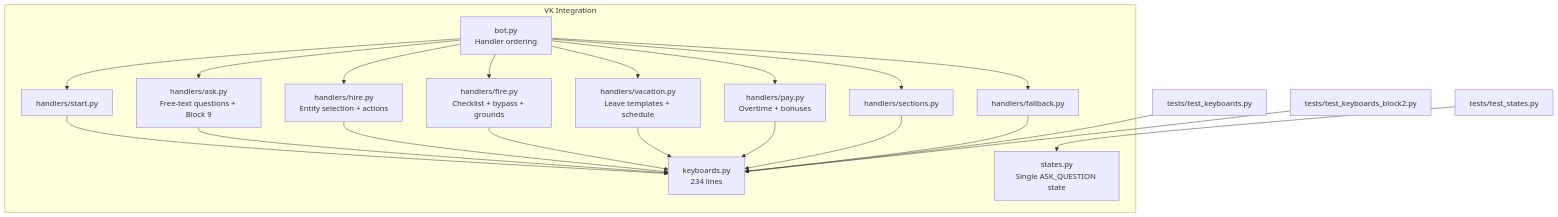
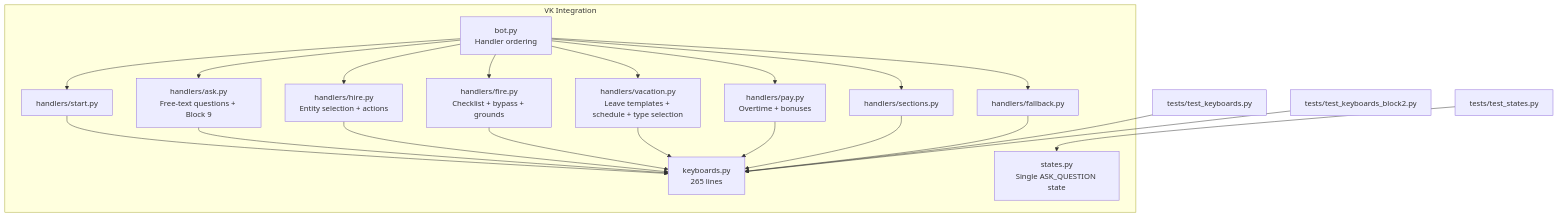
One commit to ognelis/cafetera_hr_bot changed the first of 12 diagrams in .qoder/repowiki/en/content/Keyboard System.md. Above: the diagram before and after it, drawn with Mermaid. The commit also changed other lines of this file and 26 other files, not shown here.

````diff
--- a/.qoder/repowiki/en/content/Keyboard System.md
+++ b/.qoder/repowiki/en/content/Keyboard System.md
@@ -54,38 +55,38 @@
 ```mermaid
 graph TB
 subgraph "VK Integration"
-KB["keyboards.py<br/>234 lines"]
+KB["keyboards.py<br/>265 lines"]
 ST["states.py<br/>Single ASK_QUESTION state"]
 BOT["bot.py<br/>Handler ordering"]
 START["handlers/start.py"]
 SECTIONS["handlers/sections.py"]
 FALLBACK["handlers/fallback.py"]
 HIRE["handlers/hire.py<br/>Entity selection + actions"]
 FIRE["handlers/fire.py<br/>Checklist + bypass + grounds"]
-VACATION["handlers/vacation.py<br/>Leave templates + schedule"]
+VACATION["handlers/vacation.py<br/>Leave templates + schedule + type selection"]
 PAY["handlers/pay.py<br/>Overtime + bonuses"]
 ASK["handlers/ask.py<br/>Free-text questions + Block 9"]
 end
 TEST_KB["tests/test_keyboards.py"]
 TEST_BLOCK2["tests/test_keyboards_block2.py"]
 TEST_STATES["tests/test_states.py"]
 BOT --> START
 BOT --> ASK
 BOT --> HIRE
 BOT --> FIRE
 BOT --> VACATION
 BOT --> PAY
 BOT --> SECTIONS
 BOT --> FALLBACK
 START --> KB
 ASK --> KB
 HIRE --> KB
 FIRE --> KB
 VACATION --> KB
 PAY --> KB
 SECTIONS --> KB
 FALLBACK --> KB
 TEST_KB --> KB
 TEST_BLOCK2 --> KB
 TEST_STATES --> ST
 ```
````
